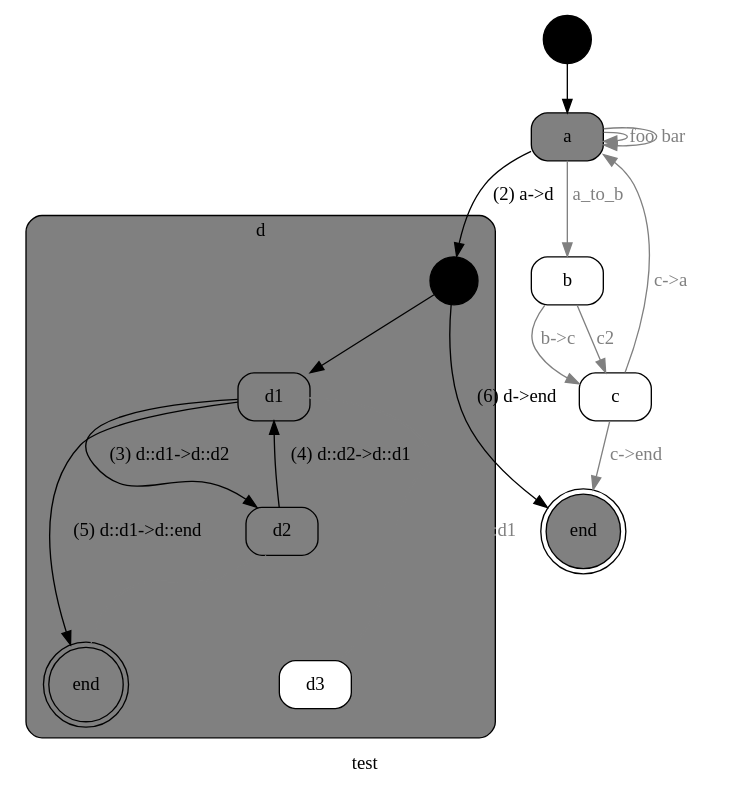
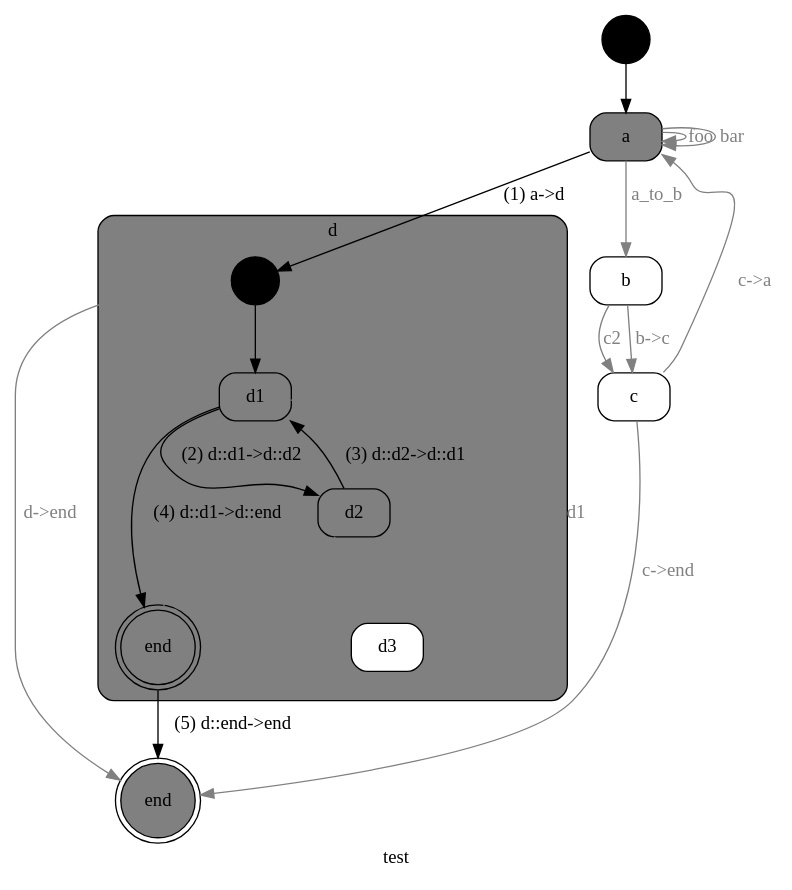
The diagram in example/red_steak-with-substates-history.dot (kstephens/red_steak), drawn with Graphviz before and after one commit. The commit also changed 18 other files, not shown here.

```diff
--- a/example/red_steak-with-substates-history.dot
+++ b/example/red_steak-with-substates-history.dot
@@ -1,91 +1,94 @@
 
 // {#<RedSteak::Statemachine test>
 digraph x1 {
   label="test"; 
   node [ shape="circle", label="", style=filled, fillcolor=black ] x1_START; 
 
 // #<RedSteak::State test a>
   node [ shape="box", label="a", style="filled,rounded", color=black, fillcolor=grey, fontcolor=black ] x2;
 
 // #<RedSteak::State test b>
   node [ shape="box", label="b", style="filled,rounded", color=black, fillcolor=white, fontcolor=black ] x3;
 
 // #<RedSteak::State test c>
   node [ shape="box", label="c", style="filled,rounded", color=black, fillcolor=white, fontcolor=black ] x4;
 
 // #<RedSteak::State test d>
 
 // {#<RedSteak::Statemachine test::d>
 subgraph cluster_x5 {
   label="d"; 
   shape="box"; 
   style="filled,rounded"; 
   fillcolor=grey; 
   fontcolor=black; 
   node [ shape="circle", label="", style=filled, fillcolor=black ] x5_START; 
 
 // #<RedSteak::State test::d d::d1>
   node [ shape="box", label="d1", style="filled,rounded", color=black, fillcolor=grey, fontcolor=black ] x6;
 
 // #<RedSteak::State test::d d::d2>
   node [ shape="box", label="d2", style="filled,rounded", color=black, fillcolor=grey, fontcolor=black ] x7;
 
 // #<RedSteak::State test::d d::d3>
   node [ shape="box", label="d3", style="filled,rounded", color=black, fillcolor=white, fontcolor=black ] x8;
 
 // #<RedSteak::State test::d d::end>
   node [ shape="doublecircle", label="end", style="filled,rounded", color=black, fillcolor=grey, fontcolor=black ] x9;
 }
 // } #<RedSteak::Statemachine test::d>
 
 // #<RedSteak::State test end>
   node [ shape="doublecircle", label="end", style="filled,rounded", color=black, fillcolor=grey, fontcolor=black ] x10;
 
 // #<RedSteak::Transition test foo a -> a>
 x2 -> x2 [ label="foo", color=gray, fontcolor=gray ];
 
 // #<RedSteak::Transition test bar a -> a>
 x2 -> x2 [ label="bar", color=gray, fontcolor=gray ];
 
 // #<RedSteak::Transition test a_to_b a -> b>
 x2 -> x3 [ label="a_to_b", color=gray, fontcolor=gray ];
 
 // #<RedSteak::Transition test b->c b -> c>
 x3 -> x4 [ label="b->c", color=gray, fontcolor=gray ];
 
 // #<RedSteak::Transition test c2 b -> c>
 x3 -> x4 [ label="c2", color=gray, fontcolor=gray ];
 
 // #<RedSteak::Transition test c->a c -> a>
 x4 -> x2 [ label="c->a", color=gray, fontcolor=gray ];
 
 // #<RedSteak::Transition test c->end c -> end>
 x4 -> x10 [ label="c->end", color=gray, fontcolor=gray ];
 
 // #<RedSteak::Transition test a->d a -> d>
-x2 -> x5_START [ label="(2) a->d", color=black, fontcolor=black ];
+x2 -> x5_START [ label="(1) a->d", color=black, fontcolor=black ];
 
 // #<RedSteak::Transition test d->end d -> end>
-x5_START -> x10 [ label="(6) d->end", color=black, fontcolor=black ];
+x5_START -> x10 [ label="d->end", color=gray, fontcolor=gray ];
 x1_START -> x2;
 
 // #<RedSteak::Transition test::d d::d1->d::d2 d::d1 -> d::d2>
-x6 -> x7 [ label="(3) d::d1->d::d2", color=black, fontcolor=black ];
+x6 -> x7 [ label="(2) d::d1->d::d2", color=black, fontcolor=black ];
 
 // #<RedSteak::Transition test::d d::d1->d::end d::d1 -> d::end>
-x6 -> x9 [ label="(5) d::d1->d::end", color=black, fontcolor=black ];
+x6 -> x9 [ label="(4) d::d1->d::end", color=black, fontcolor=black ];
 
 // #<RedSteak::Transition test::d d::d2->d::d1 d::d2 -> d::d1>
-x7 -> x6 [ label="(4) d::d2->d::d1", color=black, fontcolor=black ];
+x7 -> x6 [ label="(3) d::d2->d::d1", color=black, fontcolor=black ];
 
 // #<RedSteak::Transition test::d d::d2->d::end d::d2 -> d::end>
 x7 -> x9 [ label="d::d2->d::end", color=gray, fontcolor=gray ];
 
 // #<RedSteak::Transition test::d d::d3->d::d1 d::d3 -> d::d1>
 x8 -> x6 [ label="d::d3->d::d1", color=gray, fontcolor=gray ];
 
 // #<RedSteak::Transition test::d d::d2->d::d3 d::d2 -> d::d3>
 x7 -> x8 [ label="d::d2->d::d3", color=gray, fontcolor=gray ];
+
+// #<RedSteak::Transition test::d d::end->end d::end -> end>
+x9 -> x10 [ label="(5) d::end->end", color=black, fontcolor=black ];
 x5_START -> x6;
 }
 // } #<RedSteak::Statemachine test>
```
